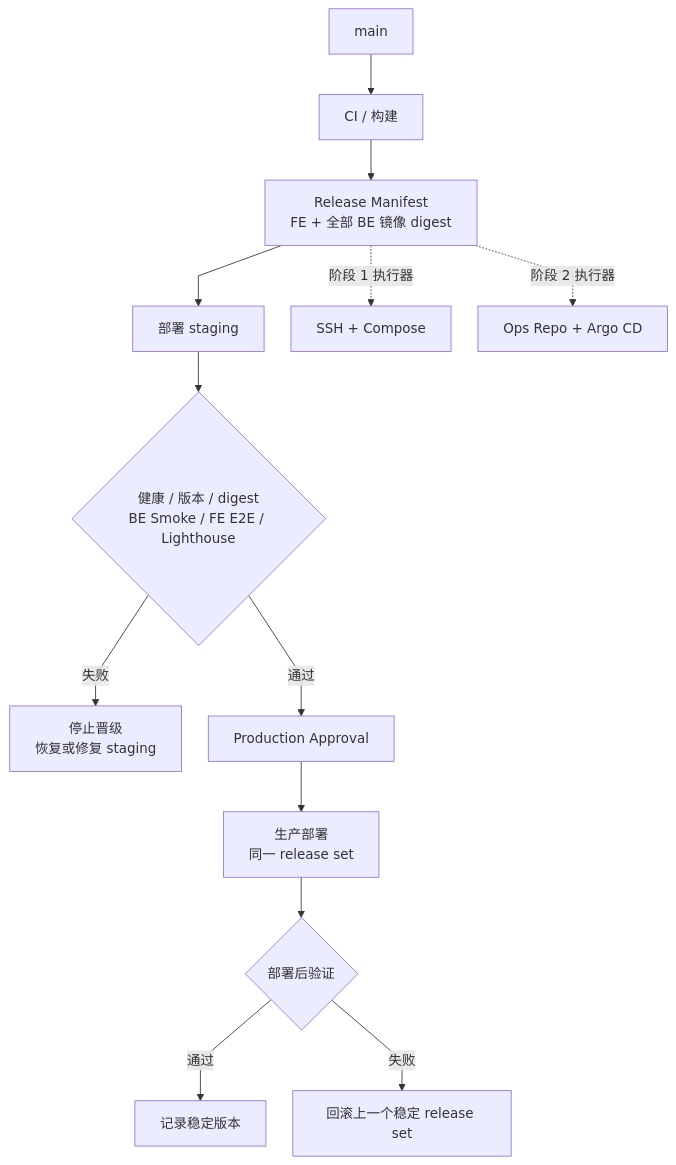
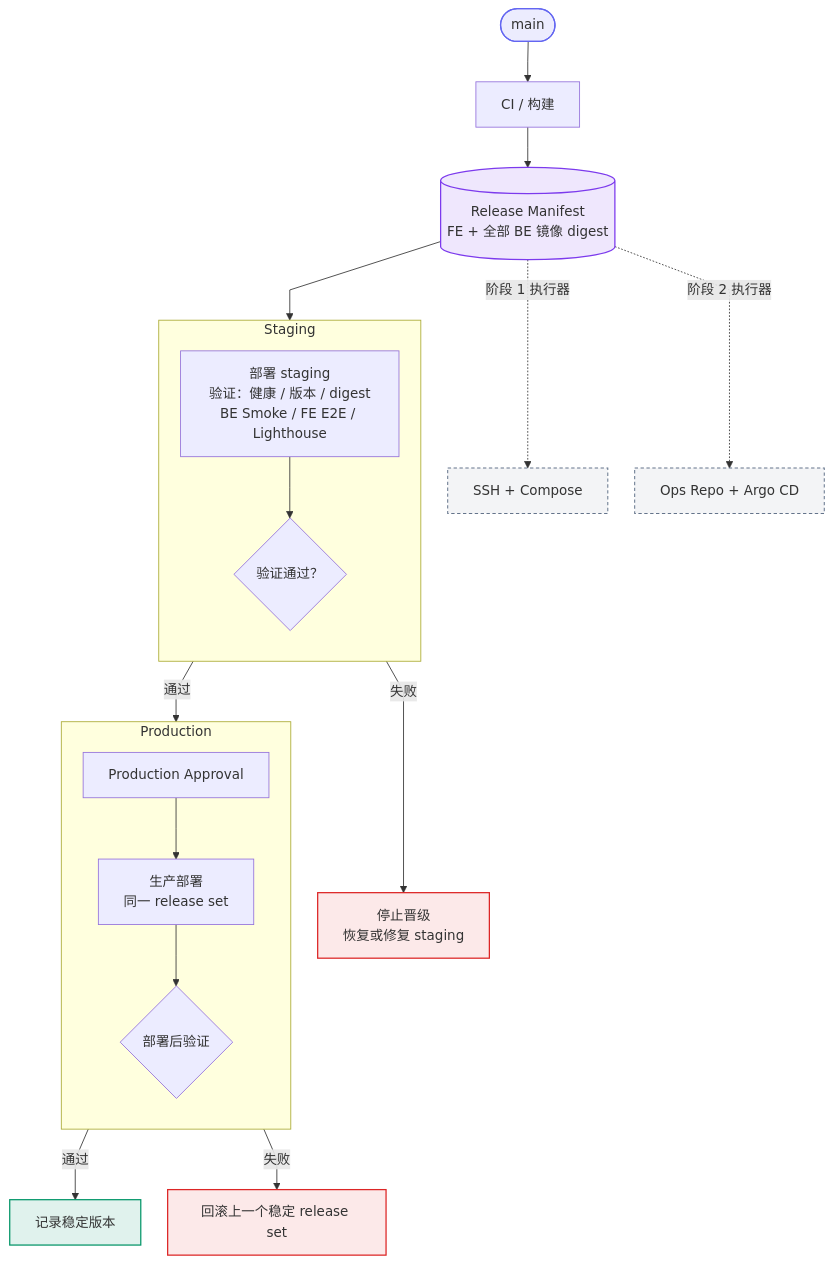
Before and after one commit to pinpols/file-batch-system: the third of 4 diagrams in docs/runbook/compose-cd-roadmap.md, drawn with Mermaid. The commit also changed 9 other files, not shown here.

First line of the commit message:
docs(architecture): unify styling of the navigation architecture diagrams (#1365)

````diff
--- a/docs/runbook/compose-cd-roadmap.md
+++ b/docs/runbook/compose-cd-roadmap.md
@@ -314,16 +314,47 @@
 ```mermaid
 %%{init: {"flowchart":{"curve":"linear","nodeSpacing":32,"rankSpacing":48},"sequence":{"mirrorActors":false}}}%%
 flowchart TB
-  MAIN["main"] --> BUILD["CI / 构建"]
-  BUILD --> MAN["Release Manifest<br/>FE + 全部 BE 镜像 digest"]
-  MAN --> STG["部署 staging"]
-  STG --> VERIFY{"健康 / 版本 / digest<br/>BE Smoke / FE E2E / Lighthouse"}
-  VERIFY -->|"失败"| STOP["停止晋级<br/>恢复或修复 staging"]
-  VERIFY -->|"通过"| APPROVE["Production Approval"]
-  APPROVE --> PROD["生产部署<br/>同一 release set"]
-  PROD --> CHECK{"部署后验证"}
-  CHECK -->|"通过"| STABLE["记录稳定版本"]
-  CHECK -->|"失败"| ROLLBACK["回滚上一个稳定 release set"]
-  MAN -. "阶段 1 执行器" .-> COMPOSE["SSH + Compose"]
-  MAN -. "阶段 2 执行器" .-> GITOPS["Ops Repo + Argo CD"]
+
+  MAIN(["main"]):::entry
+  BUILD["CI / 构建"]
+  MAN[("Release Manifest<br/>FE + 全部 BE 镜像 digest")]:::store
+  subgraph STAGING["Staging"]
+    direction TB
+    STG["部署 staging<br/>验证：健康 / 版本 / digest<br/>BE Smoke / FE E2E / Lighthouse"]
+    VERIFY{"验证通过？"}
+    STG --> VERIFY
+  end
+  subgraph PRODUCTION["Production"]
+    direction TB
+    APPROVE["Production Approval"]
+    PROD["生产部署<br/>同一 release set"]
+    CHECK{"部署后验证"}
+    APPROVE --> PROD
+    PROD --> CHECK
+  end
+  STOP["停止晋级<br/>恢复或修复 staging"]:::fail
+  STABLE["记录稳定版本"]:::ok
+  ROLLBACK["回滚上一个稳定 release set"]:::fail
+  COMPOSE["SSH + Compose"]:::ext
+  GITOPS["Ops Repo + Argo CD"]:::ext
+  MAIN --> BUILD
+  BUILD --> MAN
+  MAN --> STAGING
+  VERIFY -->|"失败"| STOP
+  VERIFY -->|"通过"| PRODUCTION
+  CHECK -->|"通过"| STABLE
+  CHECK -->|"失败"| ROLLBACK
+  MAN -. "阶段 1 执行器" .-> COMPOSE
+  MAN -. "阶段 2 执行器" .-> GITOPS
+  classDef entry fill:#6366f11f,stroke:#6366f1,stroke-width:1.5px
+  classDef control fill:#0284c71f,stroke:#0284c7,stroke-width:1.5px
+  classDef mq fill:#d977061f,stroke:#d97706,stroke-width:1.5px
+  classDef worker fill:#0596691f,stroke:#059669,stroke-width:1.5px
+  classDef store fill:#7c3aed1f,stroke:#7c3aed,stroke-width:1.5px
+  classDef ext fill:#64748b14,stroke:#64748b,stroke-width:1.2px,stroke-dasharray:4 3
+  classDef lib fill:#64748b14,stroke:#64748b,stroke-width:1.2px
+  classDef ok fill:#0596691f,stroke:#059669,stroke-width:1.5px
+  classDef fail fill:#dc26261a,stroke:#dc2626,stroke-width:1.5px
+  classDef wait fill:#d977061a,stroke:#d97706,stroke-width:1.5px
+  classDef muted fill:#64748b14,stroke:#64748b,stroke-width:1.2px,stroke-dasharray:4 3
 ```
````
